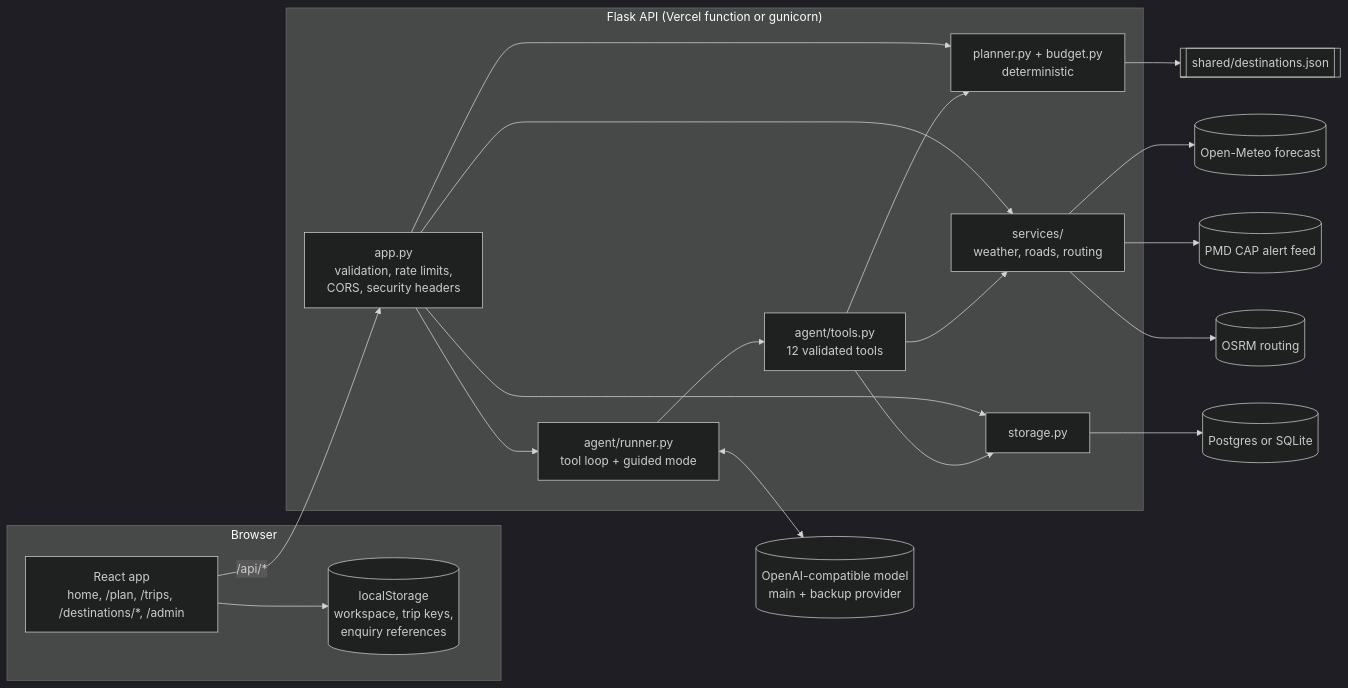
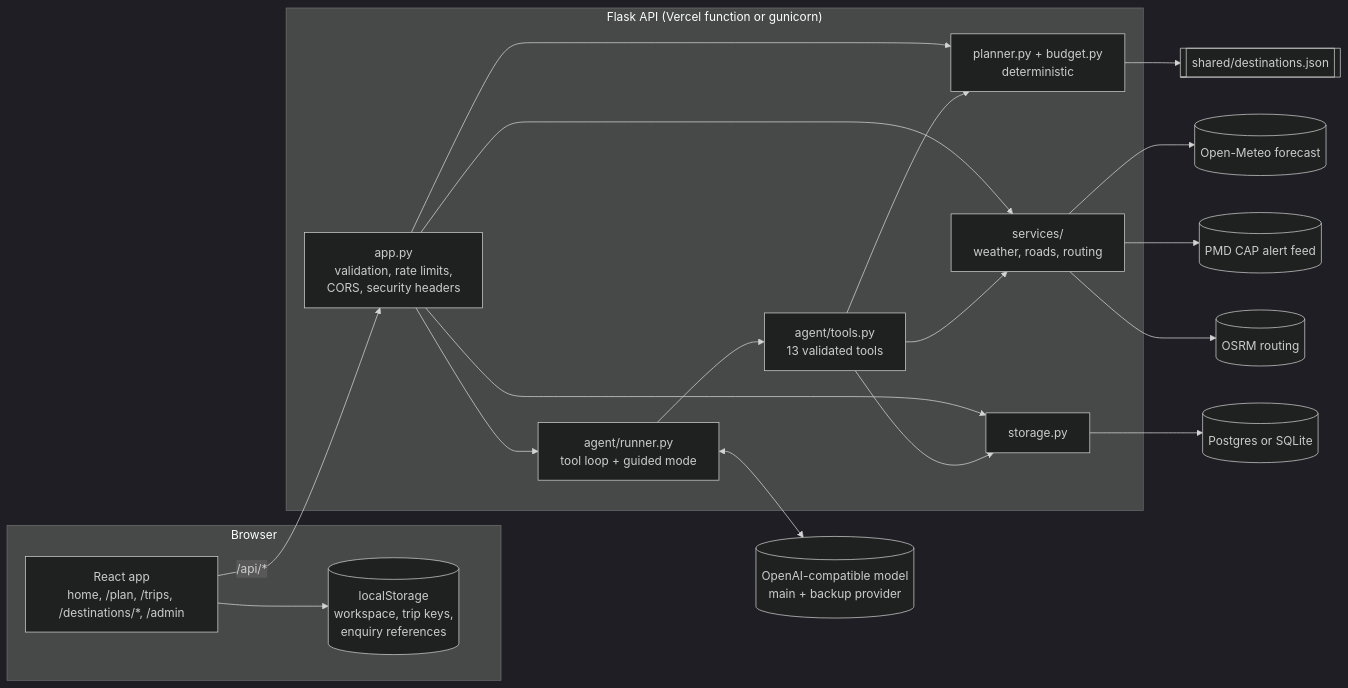
Before and after one commit to Qamar7071/Agent: the first of 5 diagrams in docs/ARCHITECTURE.md, drawn with Mermaid (dark theme). The commit also changed other lines of this file and 1 other file, not shown here.

````diff
--- a/docs/ARCHITECTURE.md
+++ b/docs/ARCHITECTURE.md
@@ -15,30 +15,30 @@
 ```mermaid
 flowchart LR
   subgraph Browser
     UI[React app<br/>home, /plan, /trips, /destinations/*, /admin]
     LS[(localStorage<br/>workspace, trip keys,<br/>enquiry references)]
   end
   subgraph Server["Flask API (Vercel function or gunicorn)"]
     API[app.py<br/>validation, rate limits,<br/>CORS, security headers]
     AG[agent/runner.py<br/>tool loop + guided mode]
-    TL[agent/tools.py<br/>12 validated tools]
+    TL[agent/tools.py<br/>13 validated tools]
     PL[planner.py + budget.py<br/>deterministic]
     SV[services/<br/>weather, roads, routing]
     DB[storage.py]
   end
   LLM[(OpenAI-compatible model<br/>main + backup provider)]
   OM[(Open-Meteo forecast)]
   PMD[(PMD CAP alert feed)]
   OSRM[(OSRM routing)]
   PG[(Postgres or SQLite)]
   DATA[[shared/destinations.json]]
 
   UI -- /api/* --> API --> AG --> TL
   AG <--> LLM
   TL --> PL & SV & DB
   API --> PL & SV & DB
   SV --> OM & PMD & OSRM
   DB --> PG
   PL --> DATA
   UI --> LS
 ```
````
